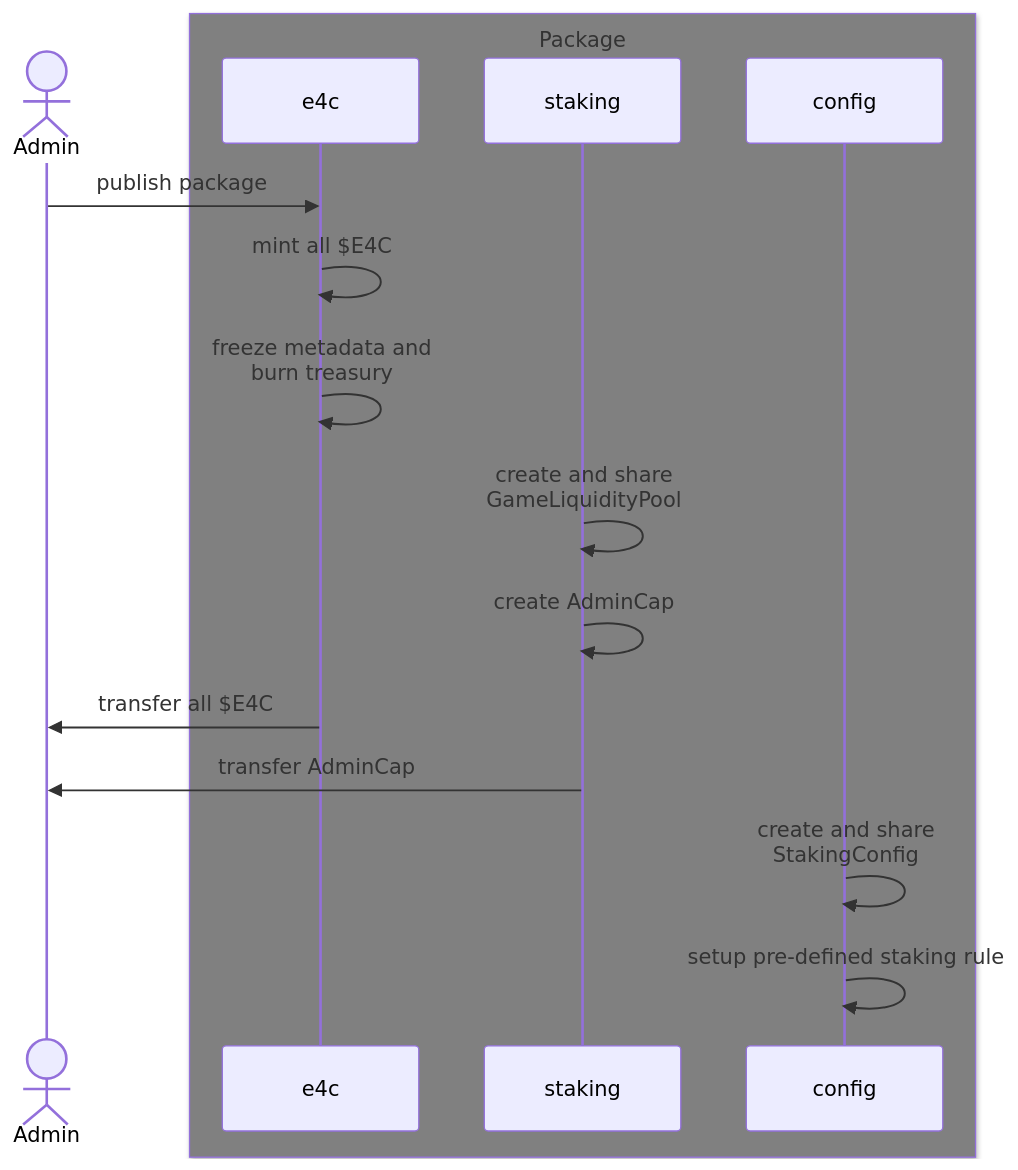
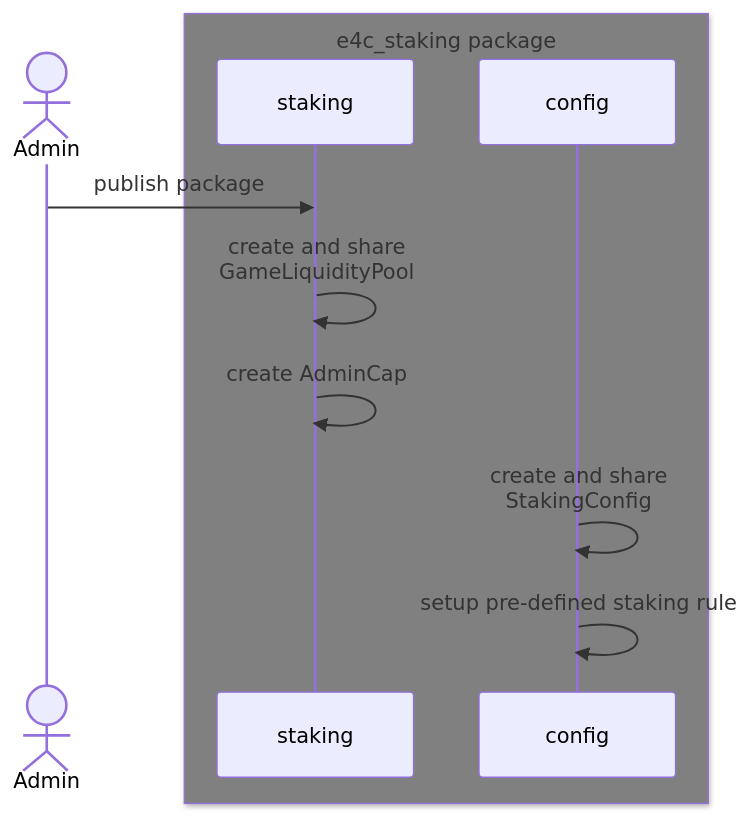
The second of 6 diagrams in README.md (z330789559/e4c), drawn with Mermaid before and after one commit. The commit also changed other lines of this file, not shown here.

Commit message:
docs: separate modules on sequence diagram

````diff
--- a/README.md
+++ b/README.md
@@ -19,21 +40,15 @@
 ```mermaid
 sequenceDiagram
     actor A as Admin
-    participant e4c as e4c
     participant staking as staking
     participant config as config
-    A ->> e4c: publish package
-    box Gray Package
-        participant e4c as e4c
+    A ->> staking: publish package
+    box Gray e4c_staking package
         participant staking as staking
         participant config as config
     end
-    e4c ->> e4c: mint all $E4C
-    e4c ->> e4c: freeze metadata and <br />burn treasury
     staking ->> staking: create and share <br />GameLiquidityPool
     staking ->> staking: create AdminCap
-    e4c ->> A: transfer all $E4C
-    staking ->> A: transfer AdminCap
     config ->> config: create and share <br />StakingConfig
     config ->> config: setup pre-defined staking rule
 ```
````
